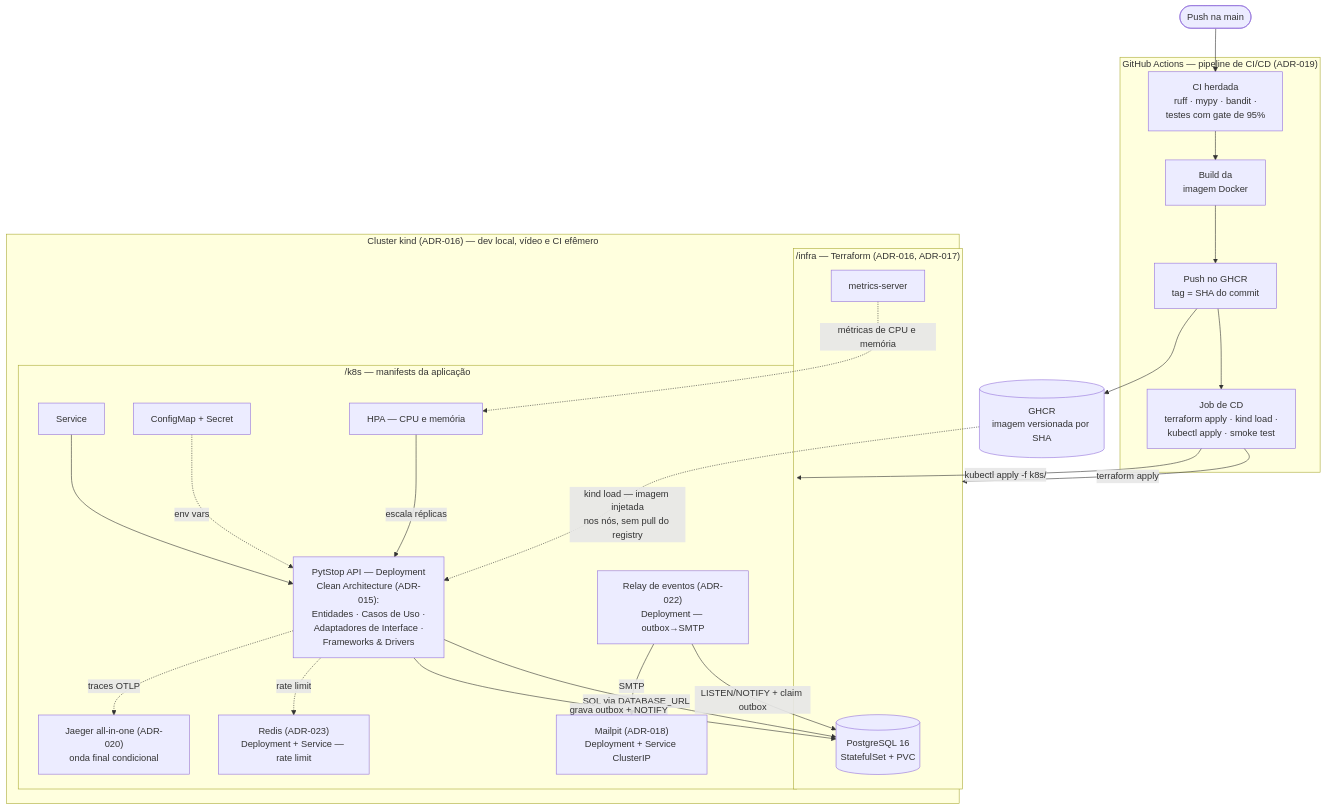
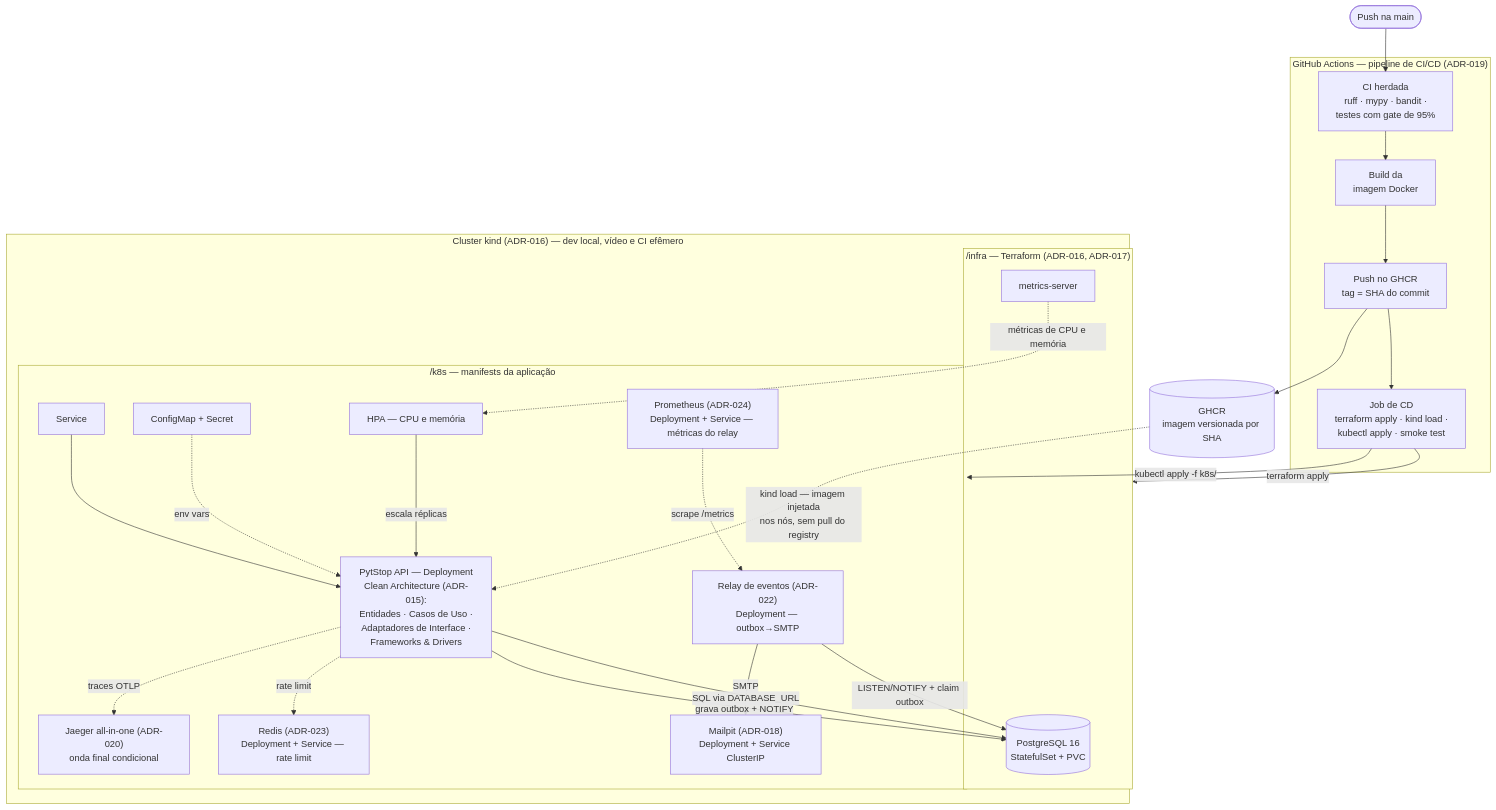
One commit to fiap-postech-sw-architecture/postech-sw-arch-p2 changed the diagram in docs/arquitetura/rfc/fase2/rfc-002-infraestrutura-e-deploy-fase-2.md. Above: the diagram before and after it, drawn with Mermaid. The commit also changed other lines of this file and 19 other files, not shown here.

First line of the commit message:
feat(relay): fencing de lease (TD-021) + metricas OTel/Prometheus (TD-022) (#66)

````diff
--- a/docs/arquitetura/rfc/fase2/rfc-002-infraestrutura-e-deploy-fase-2.md
+++ b/docs/arquitetura/rfc/fase2/rfc-002-infraestrutura-e-deploy-fase-2.md
@@ -87,45 +88,47 @@
 ```mermaid
 flowchart TB
     push_main(["Push na main"]) --> ci_stage
 
     subgraph gha["GitHub Actions — pipeline de CI/CD (ADR-019)"]
         ci_stage["CI herdada<br/>ruff · mypy · bandit ·<br/>testes com gate de 95%"] --> build_img["Build da<br/>imagem Docker"]
         build_img --> publish["Push no GHCR<br/>tag = SHA do commit"]
         publish --> cd_job["Job de CD<br/>terraform apply · kind load ·<br/>kubectl apply · smoke test"]
     end
 
     ghcr[("GHCR<br/>imagem versionada por SHA")]
     publish --> ghcr
 
     cd_job -->|"terraform apply"| infra_tf
     cd_job -->|"kubectl apply -f k8s/"| k8s_app
     ghcr -.->|"kind load — imagem injetada<br/>nos nós, sem pull do registry"| app
 
     subgraph cluster["Cluster kind (ADR-016) — dev local, vídeo e CI efêmero"]
         subgraph infra_tf["/infra — Terraform (ADR-016, ADR-017)"]
             pg[("PostgreSQL 16<br/>StatefulSet + PVC")]
             ms["metrics-server"]
         end
         subgraph k8s_app["/k8s — manifests da aplicação"]
             svc["Service"]
             app["PytStop API — Deployment<br/>Clean Architecture (ADR-015):<br/>Entidades · Casos de Uso ·<br/>Adaptadores de Interface ·<br/>Frameworks & Drivers"]
             cfg["ConfigMap + Secret"]
             hpa["HPA — CPU e memória"]
             mailpit["Mailpit (ADR-018)<br/>Deployment + Service ClusterIP"]
             jaeger["Jaeger all-in-one (ADR-020)<br/>onda final condicional"]
             relay["Relay de eventos (ADR-022)<br/>Deployment — outbox→SMTP"]
             redis["Redis (ADR-023)<br/>Deployment + Service — rate limit"]
+            prometheus["Prometheus (ADR-024)<br/>Deployment + Service — métricas do relay"]
         end
     end
 
     svc --> app
     cfg -.->|"env vars"| app
     hpa -->|"escala réplicas"| app
     ms -.->|"métricas de CPU e memória"| hpa
     app -->|"SQL via DATABASE_URL"| pg
     app -->|"grava outbox + NOTIFY"| pg
     relay -->|"LISTEN/NOTIFY + claim outbox"| pg
     relay -->|"SMTP"| mailpit
     app -.->|"rate limit"| redis
     app -.->|"traces OTLP"| jaeger
+    prometheus -.->|"scrape /metrics"| relay
 ```
````
